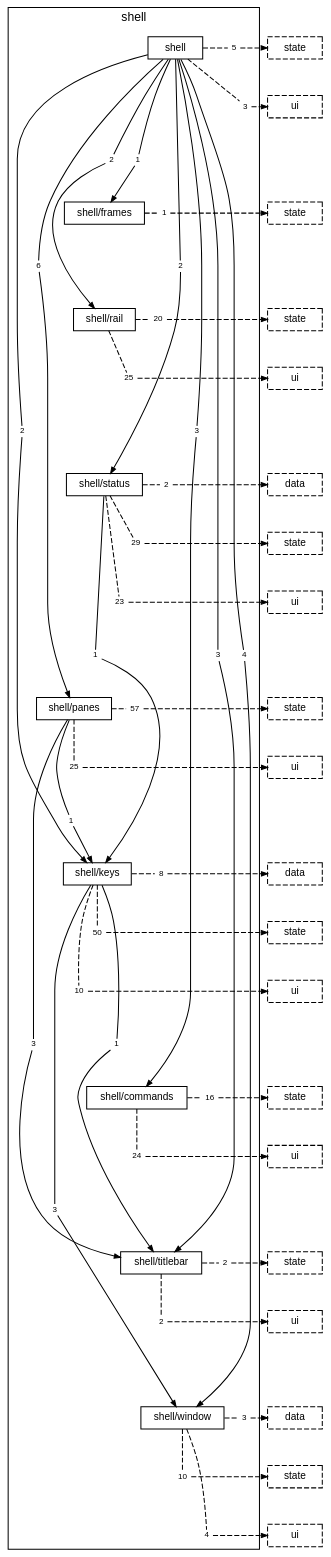
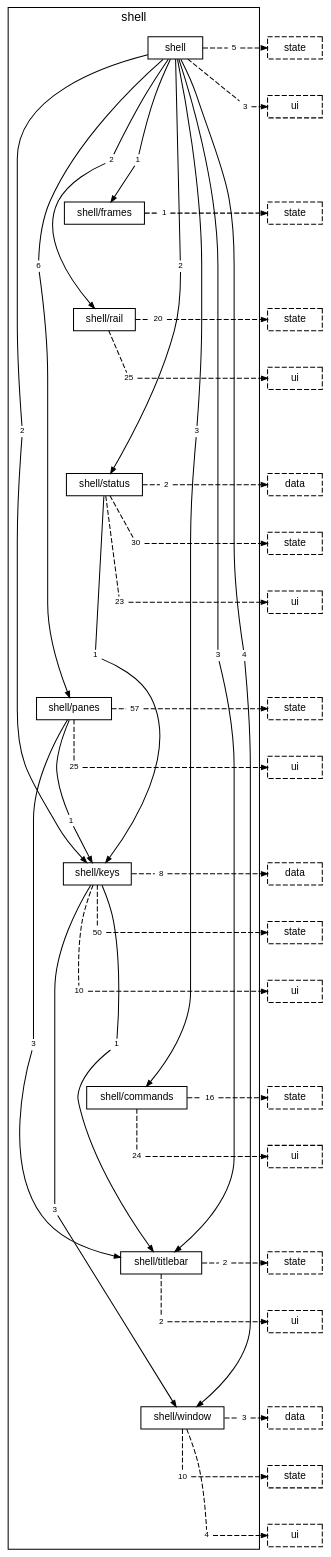
The diagram in docs/diagrams/layer-shell.dot (TheAxeC/oculus), drawn with Graphviz before and after one commit. The commit also changed 269 other files, not shown here.

```diff
--- a/docs/diagrams/layer-shell.dot
+++ b/docs/diagrams/layer-shell.dot
@@ -28,7 +28,7 @@
         "folder shell/rail to layer ui" [label="25", shape=box, color="transparent", fontsize=8, width=0, height=0, margin="0.04,0.02"];
         "folder shell/status to folder shell/keys" [label="1", shape=box, color="transparent", fontsize=8, width=0, height=0, margin="0.04,0.02"];
         "folder shell/status to layer data" [label="2", shape=box, color="transparent", fontsize=8, width=0, height=0, margin="0.04,0.02"];
-        "folder shell/status to layer state" [label="29", shape=box, color="transparent", fontsize=8, width=0, height=0, margin="0.04,0.02"];
+        "folder shell/status to layer state" [label="30", shape=box, color="transparent", fontsize=8, width=0, height=0, margin="0.04,0.02"];
         "folder shell/status to layer ui" [label="23", shape=box, color="transparent", fontsize=8, width=0, height=0, margin="0.04,0.02"];
         "folder shell/panes to folder shell/keys" [label="1", shape=box, color="transparent", fontsize=8, width=0, height=0, margin="0.04,0.02"];
         "folder shell/panes to folder shell/titlebar" [label="3", shape=box, color="transparent", fontsize=8, width=0, height=0, margin="0.04,0.02"];
```
